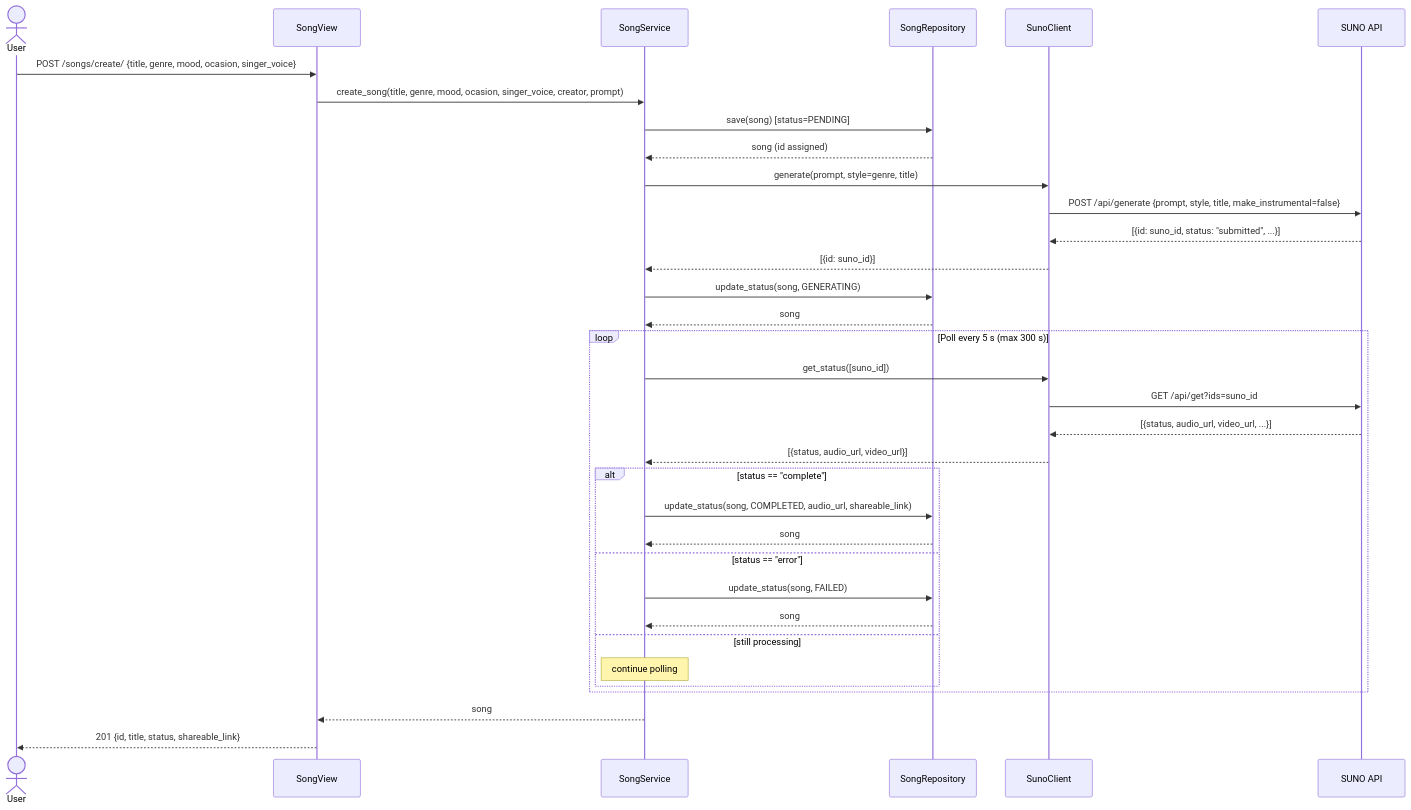
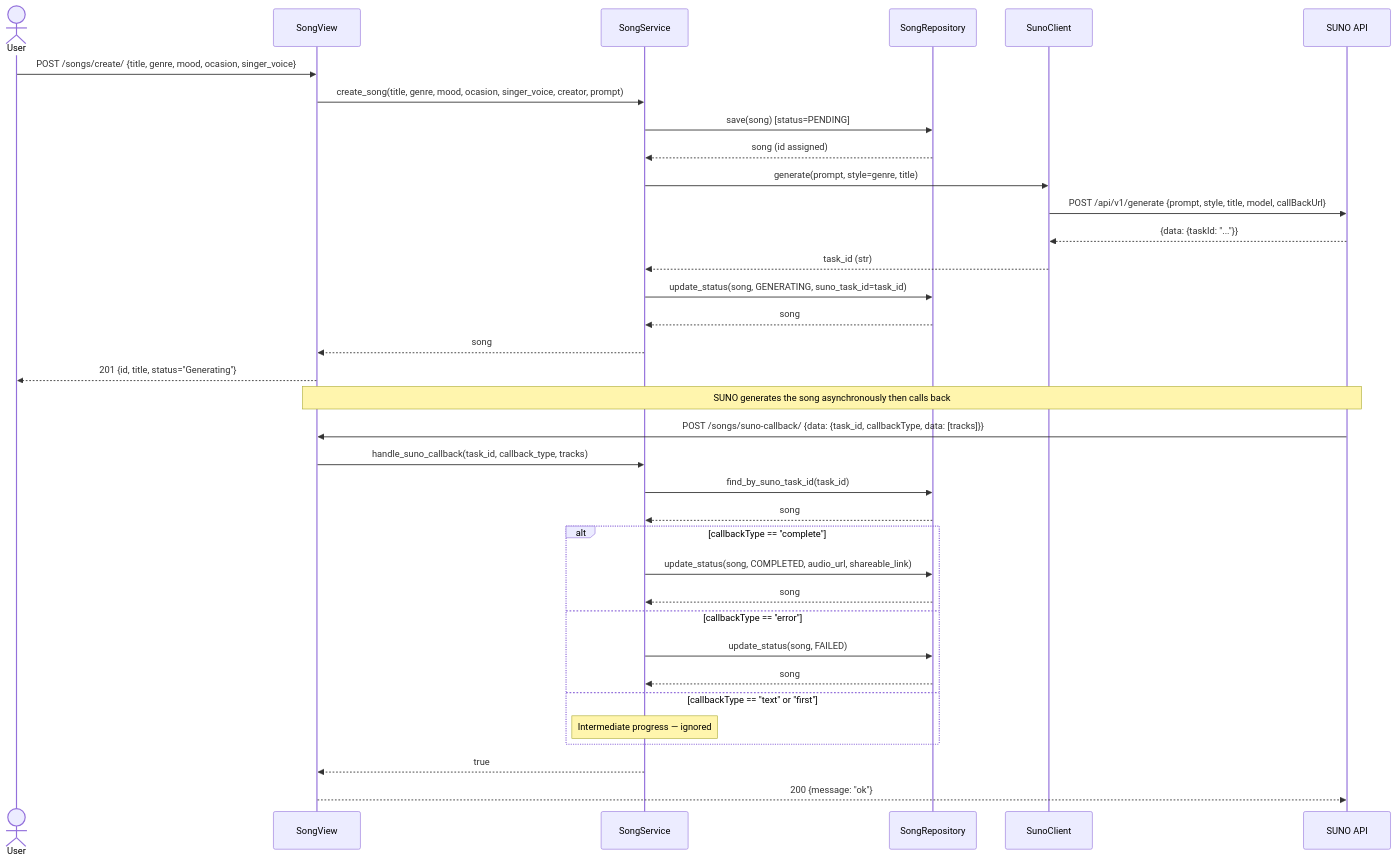
One commit to ParanyuLion/Cithara changed the diagram in docs/sequence_diagram.md. Above: the diagram before and after it, drawn with Mermaid. The commit also changed other lines of this file and 1 other file, not shown here.

Commit message:
doc: update diagram

````diff
--- a/docs/sequence_diagram.md
+++ b/docs/sequence_diagram.md
@@ -3,44 +3,49 @@
 ```mermaid
 sequenceDiagram
     actor User
-    participant V  as SongView
-    participant SS as SongService
-    participant SR as SongRepository
-    participant SC as SunoClient
+    participant V   as SongView
+    participant SS  as SongService
+    participant SR  as SongRepository
+    participant SC  as SunoClient
     participant SUNO as SUNO API
 
+    %% ── Step 1: Create request ──────────────────────────────────────────────
     User->>V: POST /songs/create/ {title, genre, mood, ocasion, singer_voice}
-
     V->>SS: create_song(title, genre, mood, ocasion, singer_voice, creator, prompt)
 
     SS->>SR: save(song) [status=PENDING]
     SR-->>SS: song (id assigned)
 
+    %% ── Step 2: Submit to SUNO ──────────────────────────────────────────────
     SS->>SC: generate(prompt, style=genre, title)
-    SC->>SUNO: POST /api/generate {prompt, style, title, make_instrumental=false}
-    SUNO-->>SC: [{id: suno_id, status: "submitted", ...}]
-    SC-->>SS: [{id: suno_id}]
+    SC->>SUNO: POST /api/v1/generate {prompt, style, title, model, callBackUrl}
+    SUNO-->>SC: {data: {taskId: "..."}}
+    SC-->>SS: task_id (str)
 
-    SS->>SR: update_status(song, GENERATING)
+    SS->>SR: update_status(song, GENERATING, suno_task_id=task_id)
     SR-->>SS: song
 
-    loop Poll every 5 s (max 300 s)
-        SS->>SC: get_status([suno_id])
-        SC->>SUNO: GET /api/get?ids=suno_id
-        SUNO-->>SC: [{status, audio_url, video_url, ...}]
-        SC-->>SS: [{status, audio_url, video_url}]
+    SS-->>V: song
+    V-->>User: 201 {id, title, status="Generating"}
 
-        alt status == "complete"
-            SS->>SR: update_status(song, COMPLETED, audio_url, shareable_link)
-            SR-->>SS: song
-        else status == "error"
-            SS->>SR: update_status(song, FAILED)
-            SR-->>SS: song
-        else still processing
-            Note over SS: continue polling
-        end
+    %% ── Step 3: SUNO async callback ─────────────────────────────────────────
+    Note over SUNO,V: SUNO generates the song asynchronously then calls back
+
+    SUNO->>V: POST /songs/suno-callback/ {data: {task_id, callbackType, data: [tracks]}}
+    V->>SS: handle_suno_callback(task_id, callback_type, tracks)
+    SS->>SR: find_by_suno_task_id(task_id)
+    SR-->>SS: song
+
+    alt callbackType == "complete"
+        SS->>SR: update_status(song, COMPLETED, audio_url, shareable_link)
+        SR-->>SS: song
+    else callbackType == "error"
+        SS->>SR: update_status(song, FAILED)
+        SR-->>SS: song
+    else callbackType == "text" or "first"
+        Note over SS: Intermediate progress — ignored
     end
 
-    SS-->>V: song
-    V-->>User: 201 {id, title, status, shareable_link}
+    SS-->>V: true
+    V-->>SUNO: 200 {message: "ok"}
 ```
````
